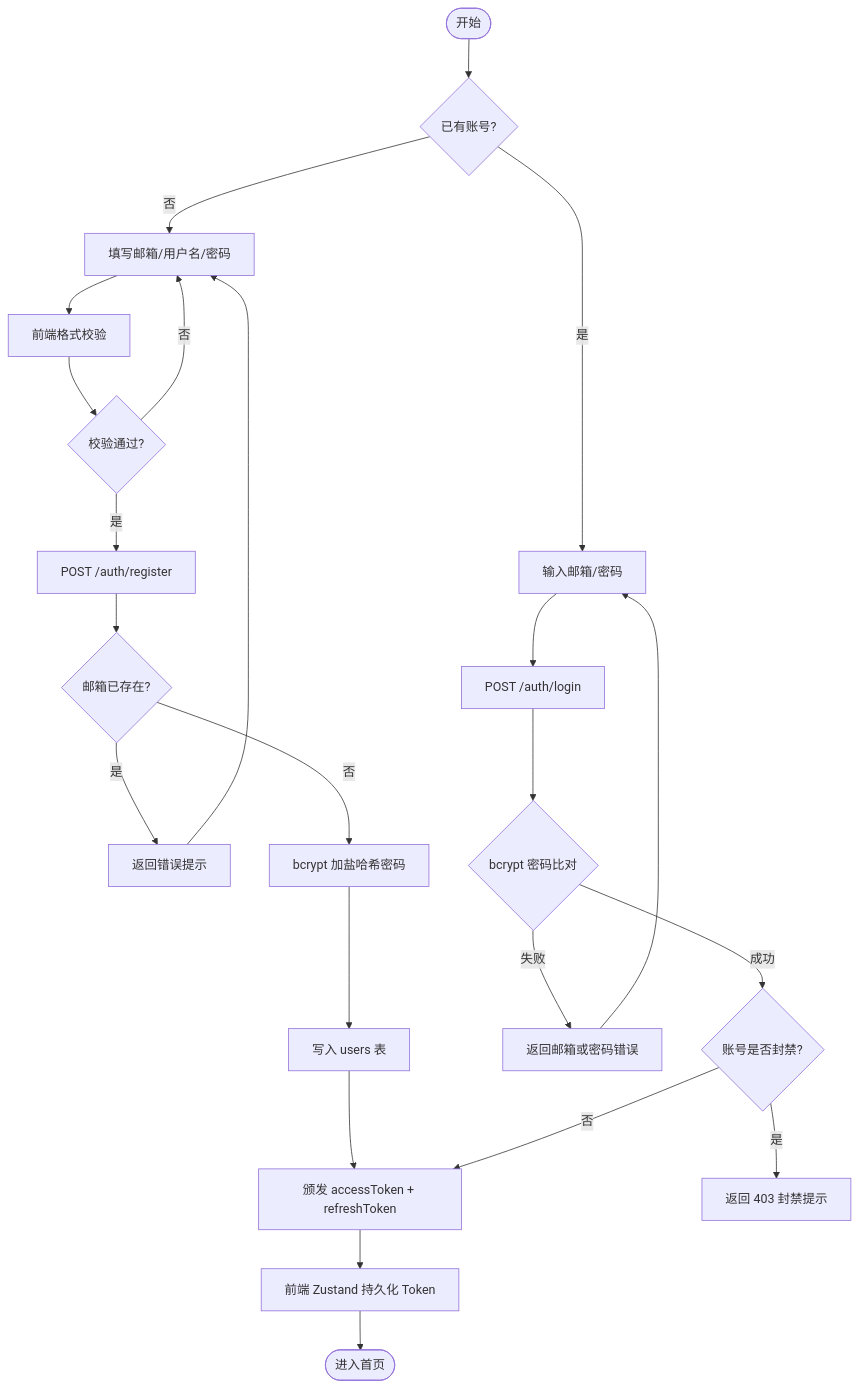
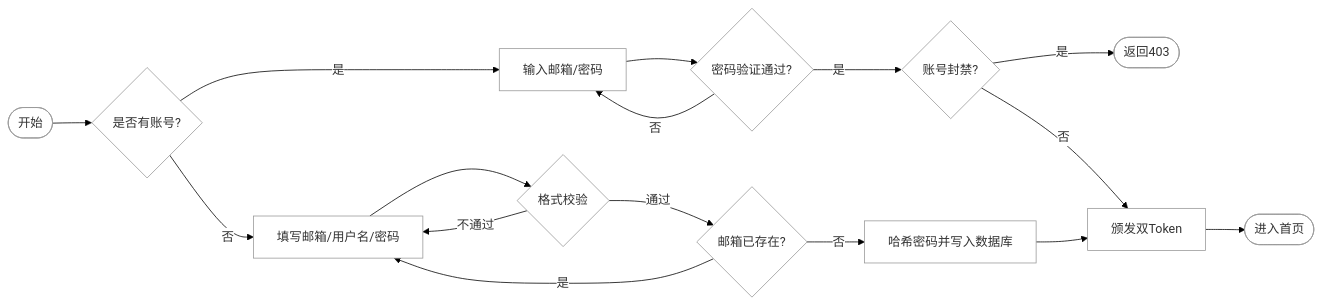
One commit to huangkaihao666/graduate-design changed the fifth of 19 diagrams in docs/毕设图表.md. Above: the diagram before and after it, drawn with Mermaid. The commit also changed other lines of this file, not shown here.

Commit message:
docs: 添加毕设图表40%

````diff
--- a/docs/毕设图表.md
+++ b/docs/毕设图表.md
@@ -297,24 +298,19 @@
 ```mermaid
-flowchart TD
-    A([开始]) --> B{已有账号?}
-    B -- 否 --> C[填写邮箱/用户名/密码]
-    C --> D[前端格式校验]
-    D --> E{校验通过?}
-    E -- 否 --> C
-    E -- 是 --> F[POST /auth/register]
-    F --> G{邮箱已存在?}
-    G -- 是 --> H[返回错误提示] --> C
-    G -- 否 --> I[bcrypt 加盐哈希密码]
-    I --> J[写入 users 表]
-    J --> K[颁发 accessToken + refreshToken]
-    K --> L[前端 Zustand 持久化 Token]
-    L --> M([进入首页])
-
-    B -- 是 --> N[输入邮箱/密码]
-    N --> O[POST /auth/login]
-    O --> P{bcrypt 密码比对}
-    P -- 失败 --> Q[返回邮箱或密码错误] --> N
-    P -- 成功 --> R{账号是否封禁?}
-    R -- 是 --> S[返回 403 封禁提示]
-    R -- 否 --> K
+%%{init:{'theme':'base','themeVariables':{'background':'#ffffff','mainBkg':'#ffffff','clusterBkg':'#ffffff','nodeBorder':'#999999','edgeLabelBackground':'#ffffff'}}}%%
+flowchart LR
+    A([开始]) --> B{是否有账号?}
+    B -- 是 --> C[输入邮箱/密码]
+    C --> D{密码验证通过?}
+    D -- 否 --> C
+    D -- 是 --> E{账号封禁?}
+    E -- 是 --> F([返回403])
+    E -- 否 --> G[颁发双Token]
+    G --> H([进入首页])
+    B -- 否 --> I[填写邮箱/用户名/密码]
+    I --> J{格式校验}
+    J -- 不通过 --> I
+    J -- 通过 --> K{邮箱已存在?}
+    K -- 是 --> I
+    K -- 否 --> L[哈希密码并写入数据库]
+    L --> G
 ```
````
